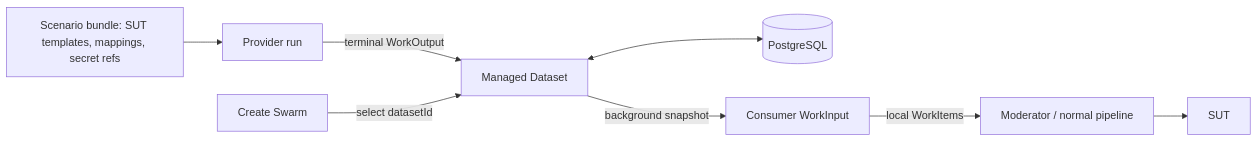
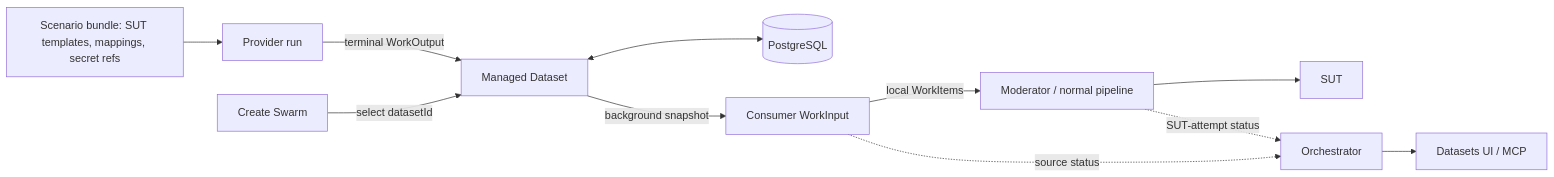
The diagram in docs/inProgress/managed-datasets-team-design-overview.md (sepa79/PocketHive), drawn with Mermaid before and after one commit. The commit also changed other lines of this file and 3 other files, not shown here.

````diff
--- a/docs/inProgress/managed-datasets-team-design-overview.md
+++ b/docs/inProgress/managed-datasets-team-design-overview.md
@@ -43,10 +37,13 @@
 ```mermaid
 flowchart LR
   B["Scenario bundle: SUT templates, mappings, secret refs"] --> P["Provider run"]
   P -->|"terminal WorkOutput"| D["Managed Dataset"]
   D <--> PG[("PostgreSQL")]
   CS["Create Swarm"] -->|"select datasetId"| D
   D -->|"background snapshot"| C["Consumer WorkInput"]
   C -->|"local WorkItems"| M["Moderator / normal pipeline"]
   M --> SUT["SUT"]
+  C -.->|"source status"| O["Orchestrator"]
+  M -.->|"SUT-attempt status"| O
+  O --> V["Datasets UI / MCP"]
 ```
````
